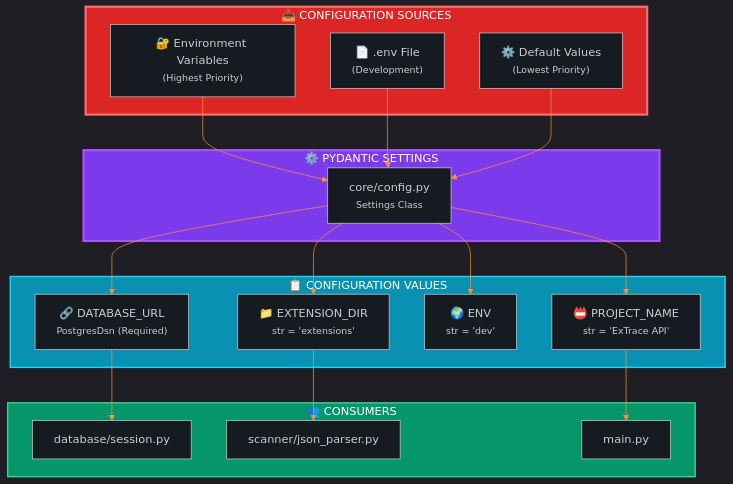
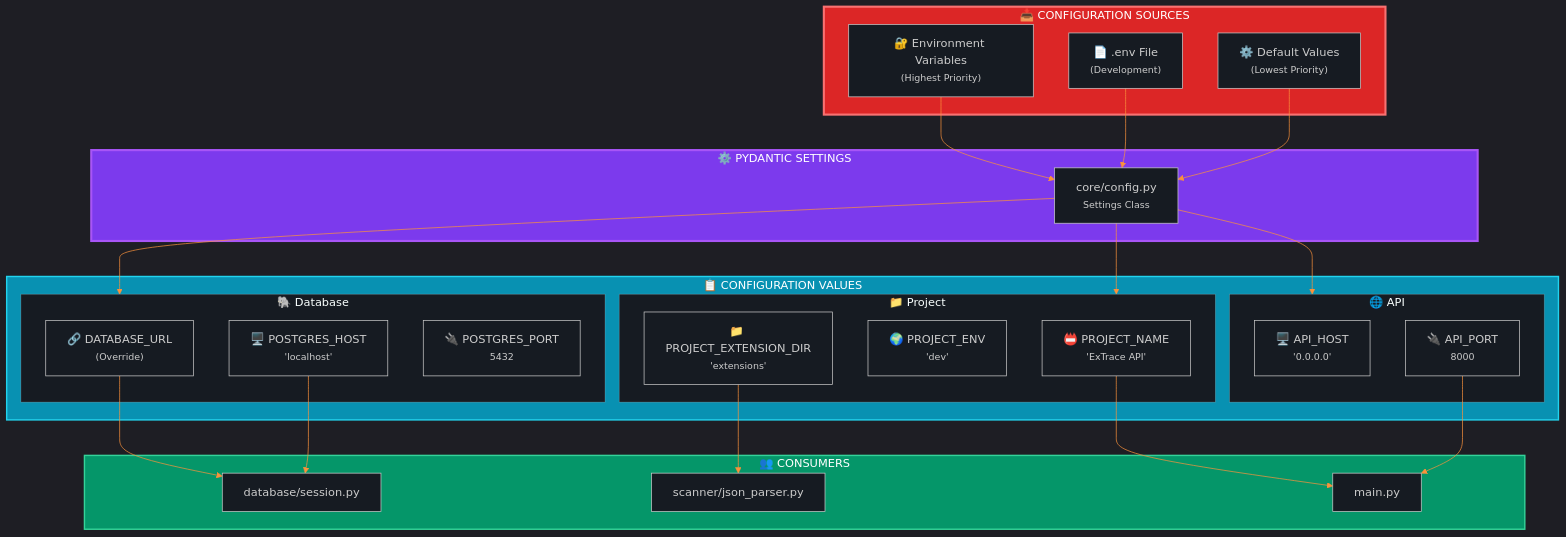
Before and after one commit to Ekremunalytu/automation_enviroment: diagram 11 of 14 in documents/ARCHITECTURE.md, drawn with Mermaid. The commit also changed other lines of this file and 5 other files, not shown here.

````diff
--- a/documents/ARCHITECTURE.md
+++ b/documents/ARCHITECTURE.md
@@ -620,44 +620,55 @@
 ```mermaid
 %%{init: {'theme': 'dark', 'themeVariables': { 'background': '#0d1117', 'primaryColor': '#f97316', 'primaryTextColor': '#e6edf3', 'lineColor': '#fb923c', 'mainBkg': '#161b22', 'nodeBkg': '#21262d', 'clusterBkg': '#161b22'}}}%%
 flowchart TB
     subgraph Sources["📥 CONFIGURATION SOURCES"]
         ENV["🔐 Environment Variables<br/><small>(Highest Priority)</small>"]
         DOTENV["📄 .env File<br/><small>(Development)</small>"]
         DEFAULT["⚙️ Default Values<br/><small>(Lowest Priority)</small>"]
     end
 
     subgraph Settings["⚙️ PYDANTIC SETTINGS"]
         Config["core/config.py<br/><small>Settings Class</small>"]
     end
 
     subgraph Values["📋 CONFIGURATION VALUES"]
-        DB_URL["🔗 DATABASE_URL<br/><small>PostgresDsn (Required)</small>"]
-        PROJECT["📛 PROJECT_NAME<br/><small>str = 'ExTrace API'</small>"]
-        ENVMODE["🌍 ENV<br/><small>str = 'dev'</small>"]
-        EXTDIR["📁 EXTENSION_DIR<br/><small>str = 'extensions'</small>"]
+        subgraph ProjectVals["📁 Project"]
+            PROJECT["📛 PROJECT_NAME<br/><small>'ExTrace API'</small>"]
+            ENVMODE["🌍 PROJECT_ENV<br/><small>'dev'</small>"]
+            EXTDIR["📁 PROJECT_EXTENSION_DIR<br/><small>'extensions'</small>"]
+        end
+        subgraph APIVals["🌐 API"]
+            API_HOST["🖥️ API_HOST<br/><small>'0.0.0.0'</small>"]
+            API_PORT["🔌 API_PORT<br/><small>8000</small>"]
+        end
+        subgraph DBVals["🐘 Database"]
+            DB_URL["🔗 DATABASE_URL<br/><small>(Override)</small>"]
+            PG_HOST["🖥️ POSTGRES_HOST<br/><small>'localhost'</small>"]
+            PG_PORT["🔌 POSTGRES_PORT<br/><small>5432</small>"]
+        end
     end
 
     subgraph Consumers["👥 CONSUMERS"]
         Session["database/session.py"]
         Parser["scanner/json_parser.py"]
         Main["main.py"]
     end
 
     ENV --> Config
     DOTENV --> Config
     DEFAULT --> Config
 
-    Config --> DB_URL
-    Config --> PROJECT
-    Config --> ENVMODE
-    Config --> EXTDIR
+    Config --> ProjectVals
+    Config --> APIVals
+    Config --> DBVals
 
     DB_URL --> Session
+    PG_HOST --> Session
     EXTDIR --> Parser
     PROJECT --> Main
+    API_PORT --> Main
 
     style Sources fill:#dc2626,stroke:#f87171,stroke-width:3px,color:#fff
     style Settings fill:#7c3aed,stroke:#a855f7,stroke-width:3px,color:#fff
     style Values fill:#0891b2,stroke:#22d3ee,stroke-width:2px,color:#fff
     style Consumers fill:#059669,stroke:#34d399,stroke-width:2px,color:#fff
 ```
````
